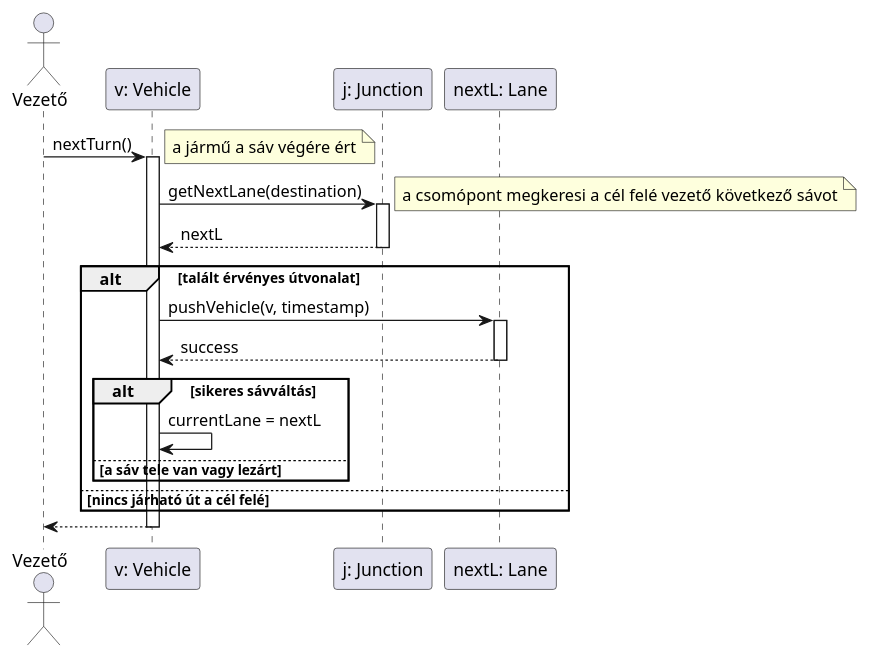
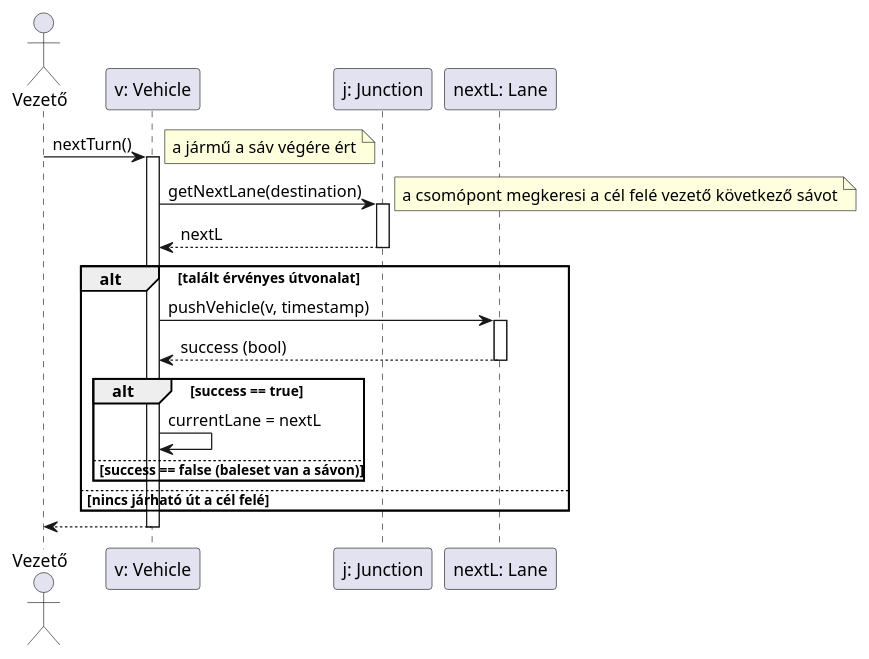
Before and after one commit to toth-andor/UneNotteANapoli: the diagram in docs/04/diagrams/sequence/08.puml, drawn with PlantUML.

Commit message:
Utvonalkeresos hiba javitása

```diff
--- a/docs/04/diagrams/sequence/08.puml
+++ b/docs/04/diagrams/sequence/08.puml
@@ -3,36 +3,36 @@
 @startuml
 actor "Vezető" as T
 participant "v: Vehicle" as V
 participant "j: Junction" as J
 participant "nextL: Lane" as L
 
 T -> V : nextTurn()
 activate V
     
     note right: a jármű a sáv végére ért
     
     V -> J : getNextLane(destination)
     activate J
         note right: a csomópont megkeresi a cél felé vezető következő sávot
         J --> V : nextL
     deactivate J
     
     alt talált érvényes útvonalat
         V -> L : pushVehicle(v, timestamp)
         activate L
-            L --> V : success
+            L --> V : success (bool)
         deactivate L
         
-        alt sikeres sávváltás
+        alt success == true
             V -> V : currentLane = nextL
-        else a sáv tele van vagy lezárt
-            note right: A jármű várakozik a csomópontban
+        else success == false (baleset van a sávon)
+            note right: A sáv lezárva baleset miatt
         end
         
     else nincs járható út a cél felé
-        note right: Újratervezés vagy várakozés
+        note right: Újratervezés vagy várakozás
     end
 
     V --> T
 deactivate V
 @enduml
```
